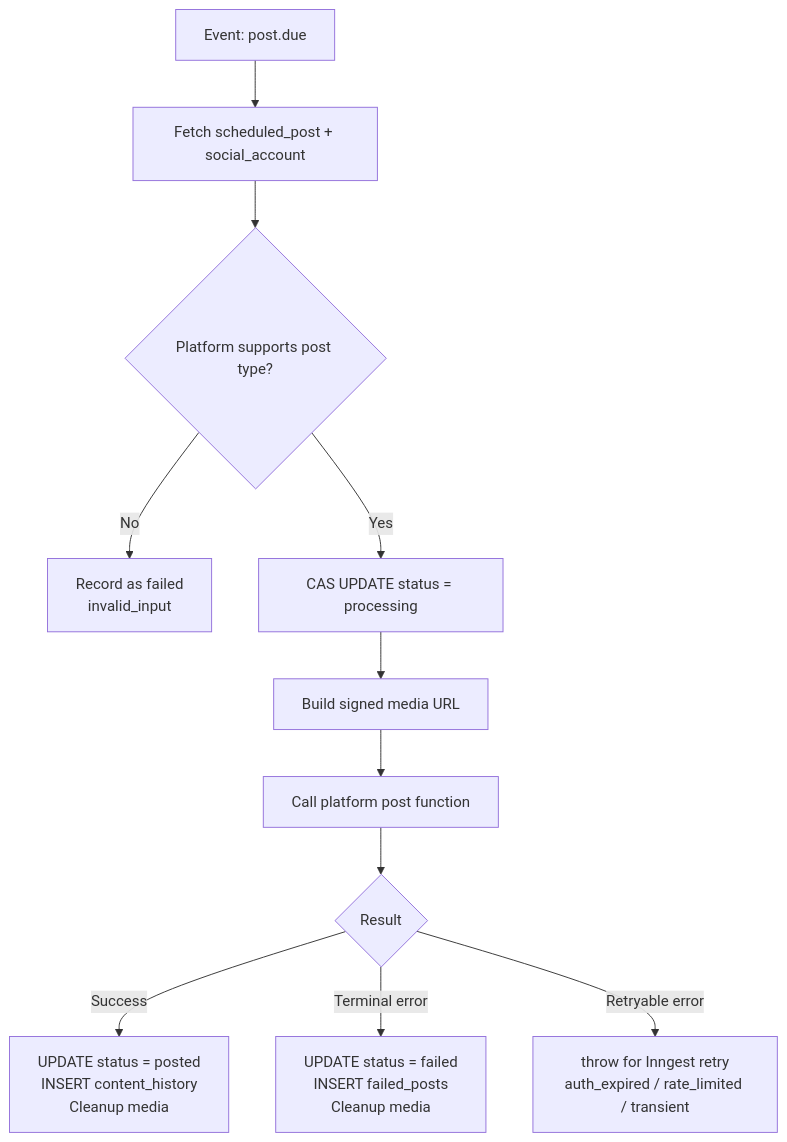
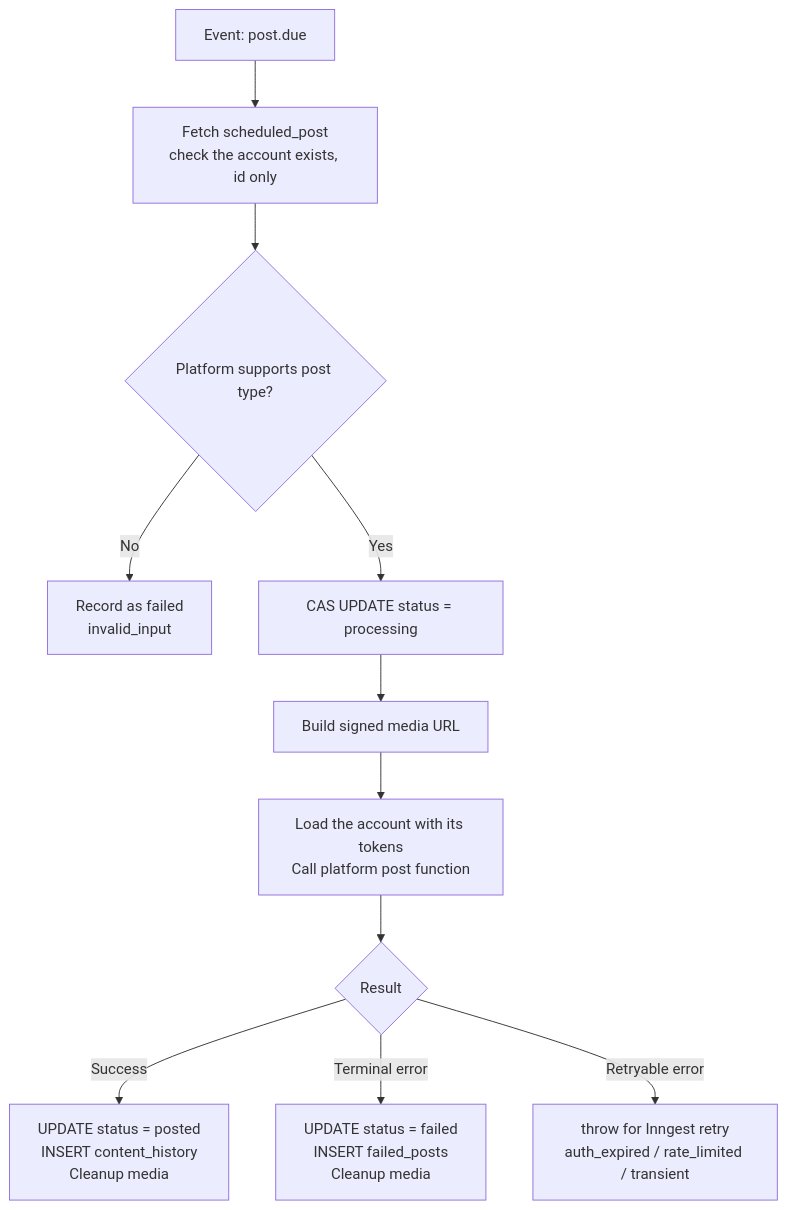
The second of 5 diagrams in docs/INNGEST.md (Andy00L/sharetopus), drawn with Mermaid before and after one commit. The commit also changed other lines of this file and 8 other files, not shown here.

````diff
--- a/docs/INNGEST.md
+++ b/docs/INNGEST.md
@@ -83,13 +83,15 @@
 ```mermaid
 flowchart TD
-    A[Event: post.due] --> B[Fetch scheduled_post + social_account]
+    A[Event: post.due] --> B[Fetch scheduled_post
+check the account exists, id only]
     B --> C{Platform supports post type?}
     C -->|No| D[Record as failed\ninvalid_input]
     C -->|Yes| E[CAS UPDATE status = processing]
     E --> F[Build signed media URL]
-    F --> G[Call platform post function]
+    F --> G[Load the account with its tokens
+Call platform post function]
     G --> H{Result}
     H -->|Success| I[UPDATE status = posted\nINSERT content_history\nCleanup media]
     H -->|Terminal error| J[UPDATE status = failed\nINSERT failed_posts\nCleanup media]
     H -->|Retryable error| K[throw for Inngest retry\nauth_expired / rate_limited / transient]
 ```
````
